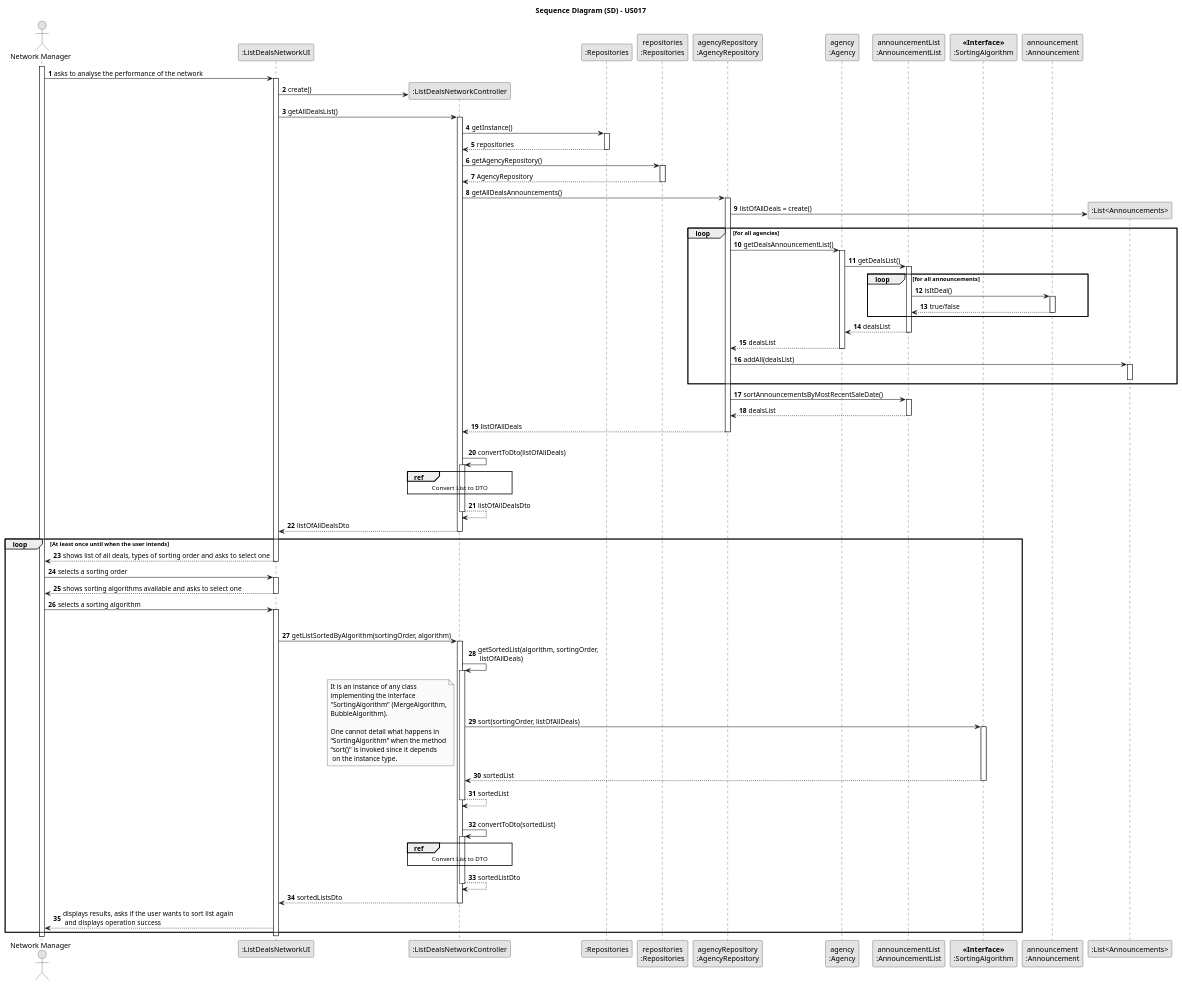
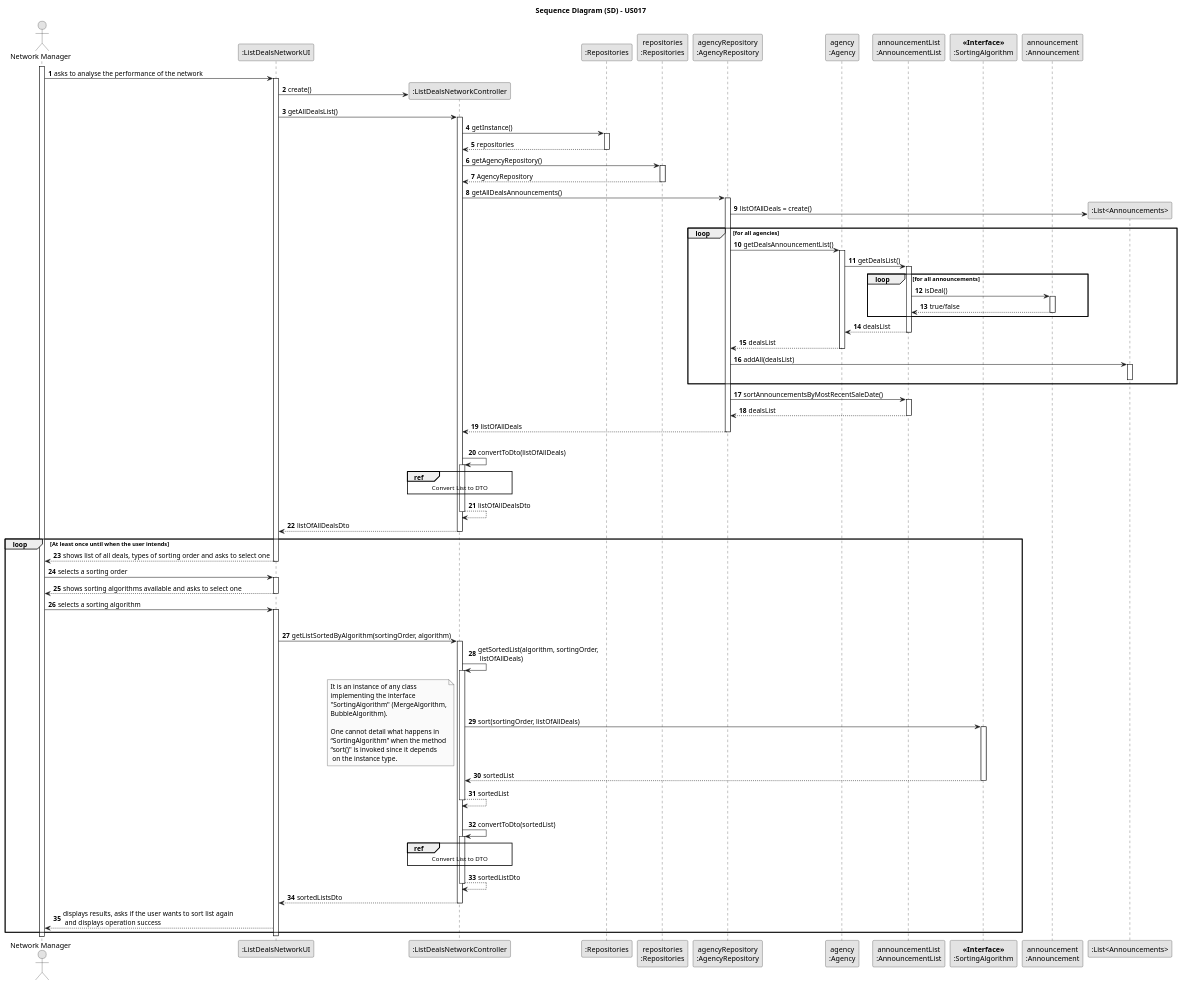
One commit to rita-barbosa/LAPR2-2223 changed the diagram in docs/sprintD/us017/03.design/puml/us017-sequence-diagram-split.puml. Above: the diagram before and after it, drawn with PlantUML. The commit also changed 1 other file, not shown here.

Commit message:
Sequence diagram Update [US017] [Design]

```diff
--- a/docs/sprintD/us017/03.design/puml/us017-sequence-diagram-split.puml
+++ b/docs/sprintD/us017/03.design/puml/us017-sequence-diagram-split.puml
@@ -1,191 +1,191 @@
 @startuml
 skinparam monochrome true
 skinparam packageStyle rectangle
 skinparam shadowing false
 
 'hide footbox
 actor "Network Manager" as NWM
 participant ":ListDealsNetworkUI" as UI
 participant ":ListDealsNetworkController" as CTRL
 participant ":Repositories" as RepositorySingleton
 participant "repositories\n:Repositories" as PLAT
 participant "agencyRepository\n:AgencyRepository" as AgencyRepository
 participant "agency\n:Agency" as AGC
 participant "announcementList\n:AnnouncementList" as ANNOUNCELIST
 participant "<b><<Interface>></b>\n:SortingAlgorithm" as SORTALG
 participant "announcement\n:Announcement" as ANNOUNCE
 participant ":List<Announcements>" as LIST
 
 title Sequence Diagram (SD) - US017
 
 autonumber
 
 activate NWM
 
     NWM -> UI : asks to analyse the performance of the network
         activate UI
 
     UI -> CTRL** : create()
 
     UI -> CTRL : getAllDealsList()
     activate CTRL
 
     CTRL -> RepositorySingleton : getInstance()
 
             activate RepositorySingleton
 
                 RepositorySingleton --> CTRL : repositories
             deactivate RepositorySingleton
 
             CTRL -> PLAT : getAgencyRepository()
 
             activate PLAT
 
                 PLAT --> CTRL : AgencyRepository
 
             deactivate PLAT
 
 
         CTRL -> AgencyRepository : getAllDealsAnnouncements()
         activate AgencyRepository
 
         AgencyRepository -> LIST** : listOfAllDeals = create()
 
         loop for all agencies
 
             AgencyRepository -> AGC : getDealsAnnouncementList()
             activate AGC
 
             AGC -> ANNOUNCELIST : getDealsList()
             activate ANNOUNCELIST
 
             loop for all announcements
 
-            ANNOUNCELIST -> ANNOUNCE : isItDeal()
+            ANNOUNCELIST -> ANNOUNCE : isDeal()
             activate ANNOUNCE
 
                 ANNOUNCE --> ANNOUNCELIST : true/false
             deactivate ANNOUNCE
 
 
             end loop
 
             ANNOUNCELIST --> AGC : dealsList
 
             deactivate ANNOUNCELIST
 
             AGC --> AgencyRepository : dealsList
 
             deactivate AGC
 
             AgencyRepository -> LIST : addAll(dealsList)
             activate LIST
             deactivate LIST
 
             end loop
 
             AgencyRepository -> ANNOUNCELIST : sortAnnouncementsByMostRecentSaleDate()
             activate ANNOUNCELIST
 
                 ANNOUNCELIST --> AgencyRepository : dealsList
             deactivate ANNOUNCELIST
 
         AgencyRepository --> CTRL : listOfAllDeals
         deactivate AgencyRepository
 |||
         CTRL -> CTRL : convertToDto(listOfAllDeals)
             activate CTRL
 
             ref over CTRL
             Convert List to DTO
             end ref
 
             CTRL --> CTRL : listOfAllDealsDto
 
             deactivate CTRL
 
             CTRL --> UI : listOfAllDealsDto
 
         deactivate CTRL
 
         loop At least once until when the user intends
 
 
         UI --> NWM : shows list of all deals, types of sorting order and asks to select one
 
         deactivate UI
 
         NWM -> UI : selects a sorting order
             activate UI
 
 
         UI --> NWM : shows sorting algorithms available and asks to select one
             deactivate UI
 
         NWM -> UI : selects a sorting algorithm
                activate UI
 
         deactivate CTRL
 
 
         UI -> CTRL : getListSortedByAlgorithm(sortingOrder, algorithm)
         activate CTRL
 
         CTRL -> CTRL : getSortedList(algorithm, sortingOrder,\n listOfAllDeals)
 
         activate CTRL
 
             'alt algorithm = "Bubble"
 
             CTRL -> SORTALG : sort(sortingOrder, listOfAllDeals)
             activate SORTALG
 
             note left
             It is an instance of any class
             implementing the interface
             "SortingAlgorithm" (MergeAlgorithm,
             BubbleAlgorithm).
 
             One cannot detail what happens in
             “SortingAlgorithm” when the method
             “sort()" is invoked since it depends
              on the instance type.
             end note
 
            ' else algorithm = "Merge"
 
 '            CTRL -> SORTALG : sortListByMerge(sortingOrder, listOfAllDeals)
 '
            ' end alt
 
             SORTALG --> CTRL : sortedList
 
             deactivate SORTALG
 
 
         CTRL --> CTRL : sortedList
 
         deactivate CTRL
 |||
         CTRL -> CTRL : convertToDto(sortedList)
         activate CTRL
 
         ref over CTRL
         Convert List to DTO
         end ref
 
         CTRL --> CTRL : sortedListDto
 
         deactivate CTRL
 
         CTRL --> UI : sortedListsDto
 
     deactivate CTRL
 
        UI --> NWM : displays results, asks if the user wants to sort list again\n and displays operation success
 
 end loop
 
     deactivate UI
 
 @enduml
```
